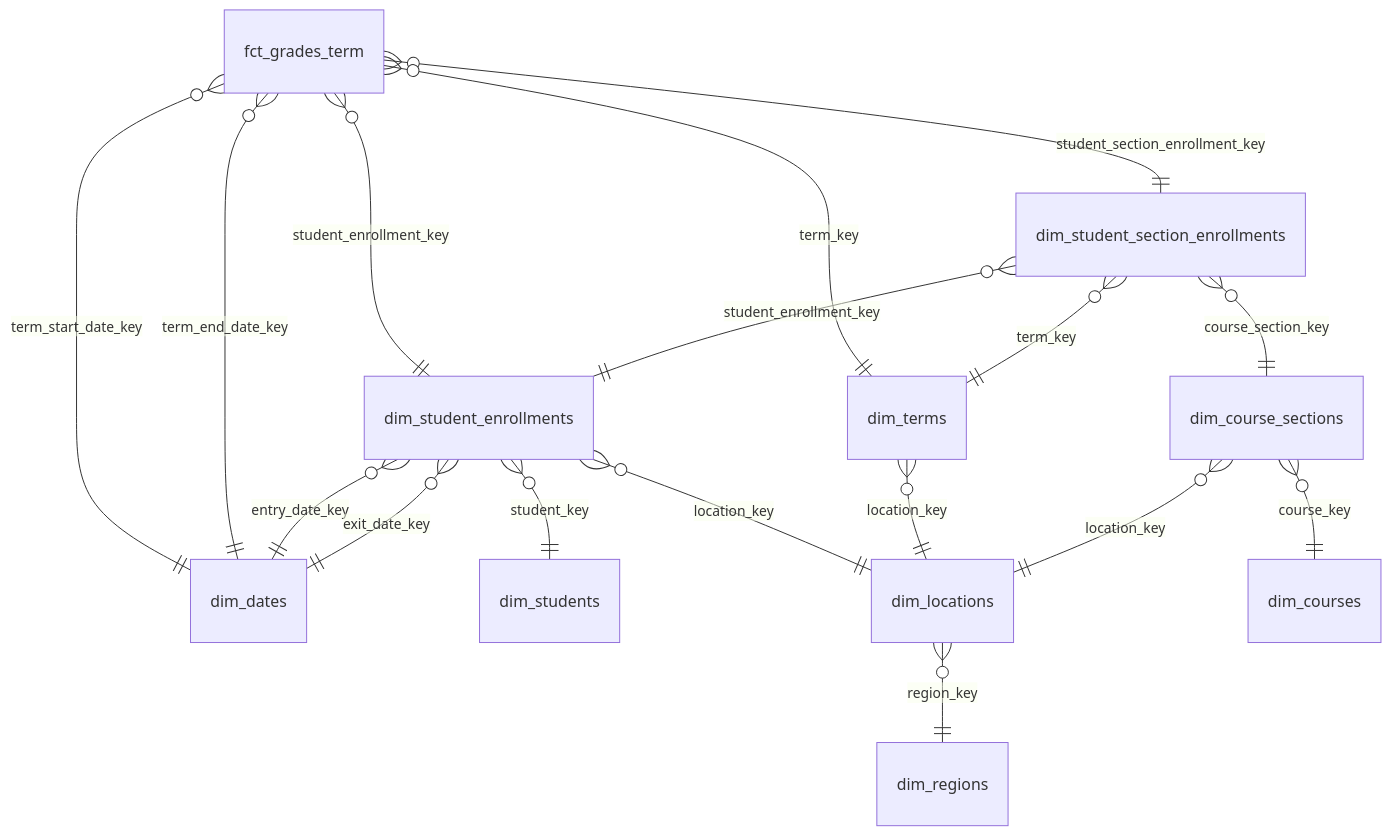
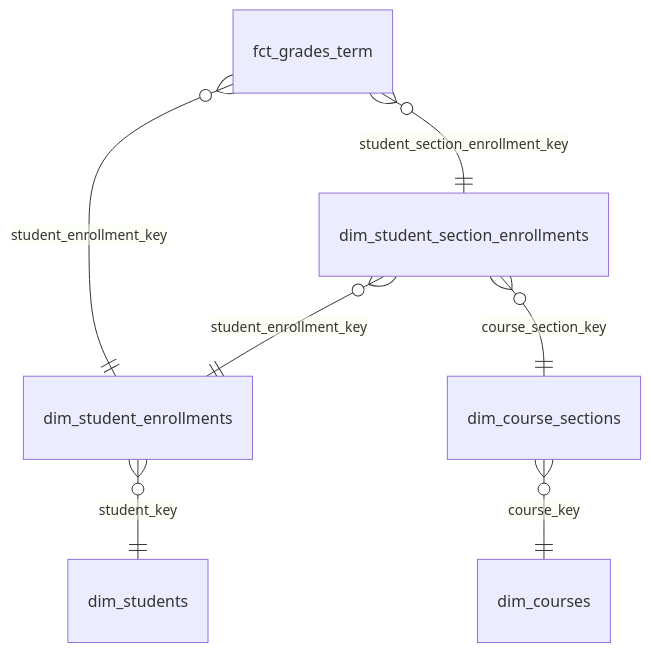
One commit to TEAMSchools/teamster changed the ninth of 24 diagrams in docs/reference/marts-data-models.md. Above: the diagram before and after it, drawn with Mermaid. The commit also changed other lines of this file and 2 other files, not shown here.

First line of the commit message:
docs(marts): omit conformed dimensions from snowflake diagrams

````diff
--- a/docs/reference/marts-data-models.md
+++ b/docs/reference/marts-data-models.md
@@ -226,19 +174,9 @@
 ```mermaid
 erDiagram
   fct_grades_term }o--|| dim_student_section_enrollments : "student_section_enrollment_key"
   fct_grades_term }o--|| dim_student_enrollments : "student_enrollment_key"
-  fct_grades_term }o--|| dim_terms : "term_key"
-  fct_grades_term }o--|| dim_dates : "term_start_date_key"
-  fct_grades_term }o--|| dim_dates : "term_end_date_key"
   dim_student_section_enrollments }o--|| dim_student_enrollments : "student_enrollment_key"
   dim_student_section_enrollments }o--|| dim_course_sections : "course_section_key"
-  dim_student_section_enrollments }o--|| dim_terms : "term_key"
   dim_student_enrollments }o--|| dim_students : "student_key"
-  dim_student_enrollments }o--|| dim_locations : "location_key"
-  dim_student_enrollments }o--|| dim_dates : "entry_date_key"
-  dim_student_enrollments }o--|| dim_dates : "exit_date_key"
-  dim_terms }o--|| dim_locations : "location_key"
   dim_course_sections }o--|| dim_courses : "course_key"
-  dim_course_sections }o--|| dim_locations : "location_key"
-  dim_locations }o--|| dim_regions : "region_key"
 ```
````
